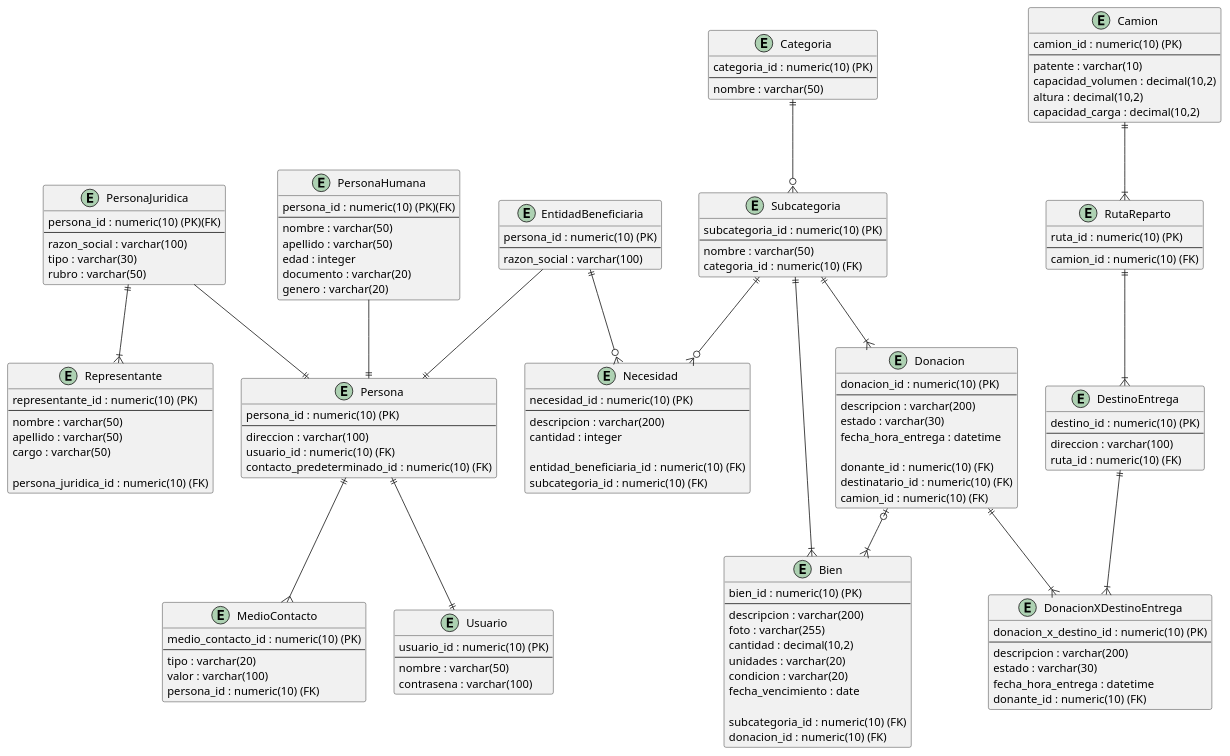
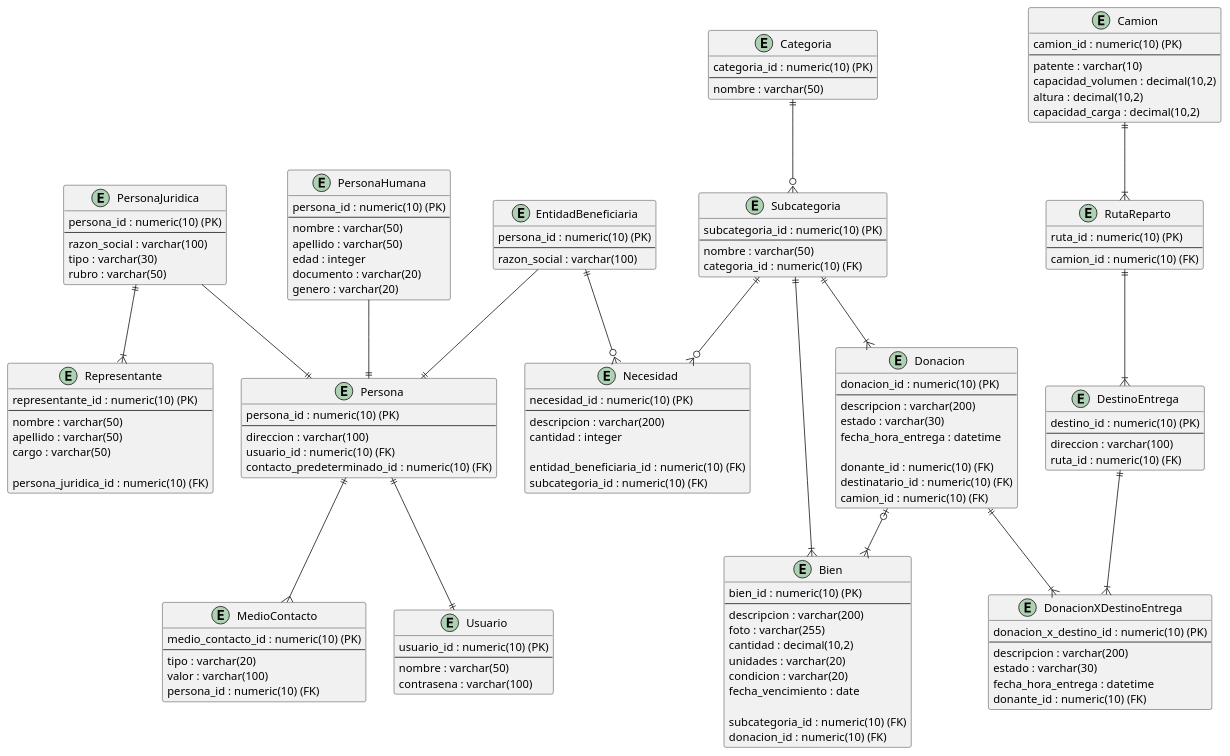
One commit to snmaccio-dev/TPA-DDS changed the diagram in Diagramas/ModeladoDeDatos-DER.puml. Above: the diagram before and after it, drawn with PlantUML.

Commit message:
diagrama

```diff
--- a/Diagramas/ModeladoDeDatos-DER.puml
+++ b/Diagramas/ModeladoDeDatos-DER.puml
@@ -1,182 +1,182 @@
 @startuml
 
 'Entidades Persona
 
 entity Persona {
     persona_id : numeric(10) (PK)
     --
     direccion : varchar(100)
     usuario_id : numeric(10) (FK)
     contacto_predeterminado_id : numeric(10) (FK)
 }
 
 entity MedioContacto {
     medio_contacto_id : numeric(10) (PK)
     --
     tipo : varchar(20)
     valor : varchar(100)
     persona_id : numeric(10) (FK)
 }
 
 entity Usuario {
     usuario_id : numeric(10) (PK)
     --
     nombre : varchar(50)
     contrasena : varchar(100)
 }
 
 entity PersonaJuridica {
-    persona_id : numeric(10) (PK)(FK)
+    persona_id : numeric(10) (PK)
     --
     razon_social : varchar(100)
     tipo : varchar(30)
     rubro : varchar(50)
 }
 
 entity PersonaHumana {
-    persona_id : numeric(10) (PK)(FK)
+    persona_id : numeric(10) (PK)
     --
     nombre : varchar(50)
     apellido : varchar(50)
     edad : integer
     documento : varchar(20)
     genero : varchar(20)
 }
 
 entity EntidadBeneficiaria {
     persona_id : numeric(10) (PK)
     --
     razon_social : varchar(100)
 }
 
 entity Necesidad {
     necesidad_id : numeric(10) (PK)
     --
     descripcion : varchar(200)
     cantidad : integer
 
     entidad_beneficiaria_id : numeric(10) (FK)
     subcategoria_id : numeric(10) (FK)
 }
 
 entity Representante {
     representante_id : numeric(10) (PK)
     --
     nombre : varchar(50)
     apellido : varchar(50)
     cargo : varchar(50)
 
     persona_juridica_id : numeric(10) (FK)
 }
 
 entity Categoria {
     categoria_id : numeric(10) (PK)
     --
     nombre : varchar(50)
 }
 
 entity Subcategoria {
     subcategoria_id : numeric(10) (PK)
     --
     nombre : varchar(50)
     categoria_id : numeric(10) (FK)
 }
 
 entity Bien {
     bien_id : numeric(10) (PK)
     --
     descripcion : varchar(200)
     foto : varchar(255)
     cantidad : decimal(10,2)
     unidades : varchar(20)
     condicion : varchar(20)
     fecha_vencimiento : date
 
     subcategoria_id : numeric(10) (FK)
     donacion_id : numeric(10) (FK)
 }
 
 entity Donacion {
     donacion_id : numeric(10) (PK)
     --
     descripcion : varchar(200)
     estado : varchar(30)
     fecha_hora_entrega : datetime
 
     donante_id : numeric(10) (FK)
     destinatario_id : numeric(10) (FK)
     camion_id : numeric(10) (FK)
 }
 
 entity DonacionXDestinoEntrega {
     donacion_x_destino_id : numeric(10) (PK)
     --
     descripcion : varchar(200)
     estado : varchar(30)
     fecha_hora_entrega : datetime
     donante_id : numeric(10) (FK)
 }
 
 entity Camion {
     camion_id : numeric(10) (PK)
     --
     patente : varchar(10)
     capacidad_volumen : decimal(10,2)
     altura : decimal(10,2)
     capacidad_carga : decimal(10,2)
 }
 
 entity RutaReparto {
     ruta_id : numeric(10) (PK)
     --
     camion_id : numeric(10) (FK)
 }
 
 entity DestinoEntrega {
     destino_id : numeric(10) (PK)
     --
     direccion : varchar(100)
     ruta_id : numeric(10) (FK)
 }
 
 ' Relaciones - Persona
 
 Persona ||--{ MedioContacto
 Persona ||--|| Usuario
 PersonaJuridica ||--|{ Representante
 
 ' Herencia de persona
 
 PersonaHumana --|| Persona
 PersonaJuridica --|| Persona
 EntidadBeneficiaria --|| Persona
 
 ' Entidad Beneficiaria
 
 EntidadBeneficiaria ||--o{ Necesidad
 
 ' Necesidad
 
 Subcategoria ||--o{ Necesidad
 Categoria ||--o{ Subcategoria
 
 ' Bien
 
 Subcategoria ||--|{ Bien
 
 ' Donacion
 
 Donacion |o--|{ Bien
 Subcategoria ||--|{ Donacion
 
 ' Logistica
 
 Camion ||--|{ RutaReparto
 RutaReparto ||--|{ DestinoEntrega
 
 ' Relacion Muchos a Muchos
 
 DestinoEntrega ||--|{ DonacionXDestinoEntrega
 Donacion ||--|{ DonacionXDestinoEntrega
 
 @enduml
```
